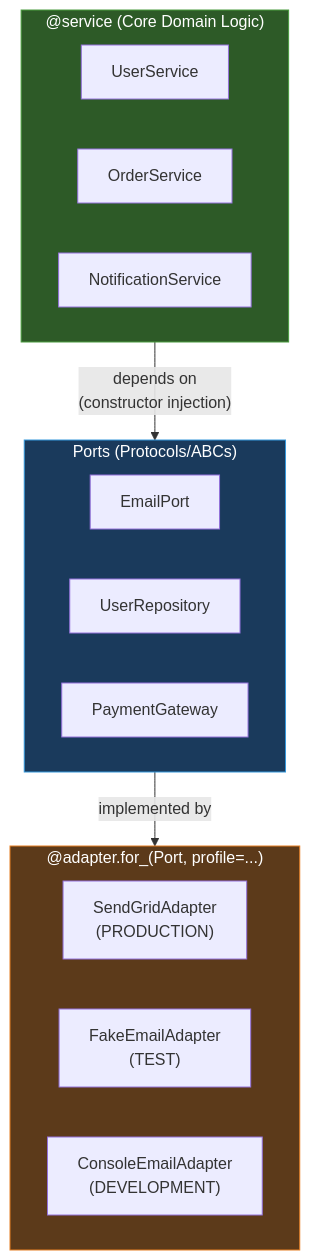
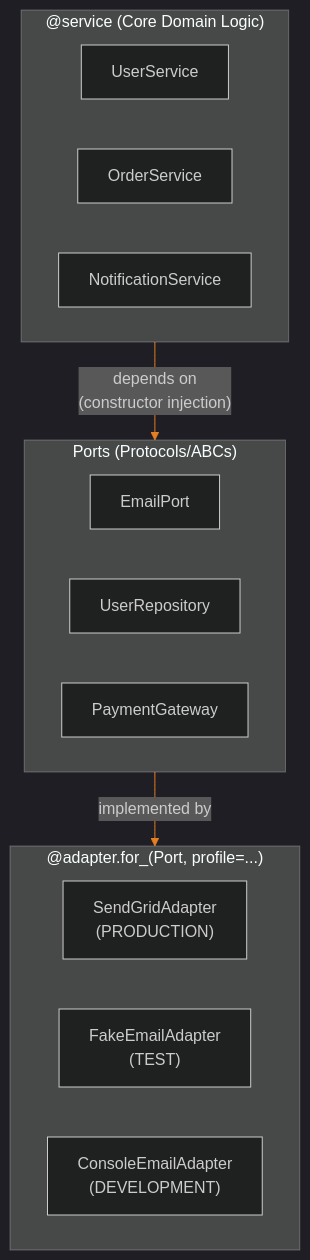
One commit to mikelane/dioxide changed the diagram in docs/user_guide/hexagonal_architecture.md. Above: the diagram before and after it, drawn with Mermaid. The commit also changed 1 other file, not shown here.

Commit message:
fix: apply dark theme with dioxide orange colors to all Mermaid diagrams

````diff
--- a/docs/user_guide/hexagonal_architecture.md
+++ b/docs/user_guide/hexagonal_architecture.md
@@ -234,30 +234,27 @@
 ```{mermaid}
+%%{init: {'theme': 'dark', 'themeVariables': { 'primaryColor': '#d35400', 'primaryTextColor': '#fff', 'primaryBorderColor': '#e67e22', 'lineColor': '#e67e22', 'secondaryColor': '#2c3e50', 'tertiaryColor': '#1a252f'}}}%%
 flowchart TB
     subgraph services["@service (Core Domain Logic)"]
         direction LR
         US[UserService]
         OS[OrderService]
         NS[NotificationService]
     end
 
     subgraph ports["Ports (Protocols/ABCs)"]
         direction LR
         EP[EmailPort]
         UR[UserRepository]
         PG[PaymentGateway]
     end
 
     subgraph adapters["@adapter.for_(Port, profile=...)"]
         direction LR
         SG["SendGridAdapter<br/>(PRODUCTION)"]
         FE["FakeEmailAdapter<br/>(TEST)"]
         CE["ConsoleEmailAdapter<br/>(DEVELOPMENT)"]
     end
 
     services -->|"depends on<br/>(constructor injection)"| ports
     ports -->|"implemented by"| adapters
-
-    style services fill:#2d5a27,stroke:#4a9c3f,color:#fff
-    style ports fill:#1a3a5c,stroke:#3498db,color:#fff
-    style adapters fill:#5c3a1a,stroke:#e67e22,color:#fff
 ```
````
